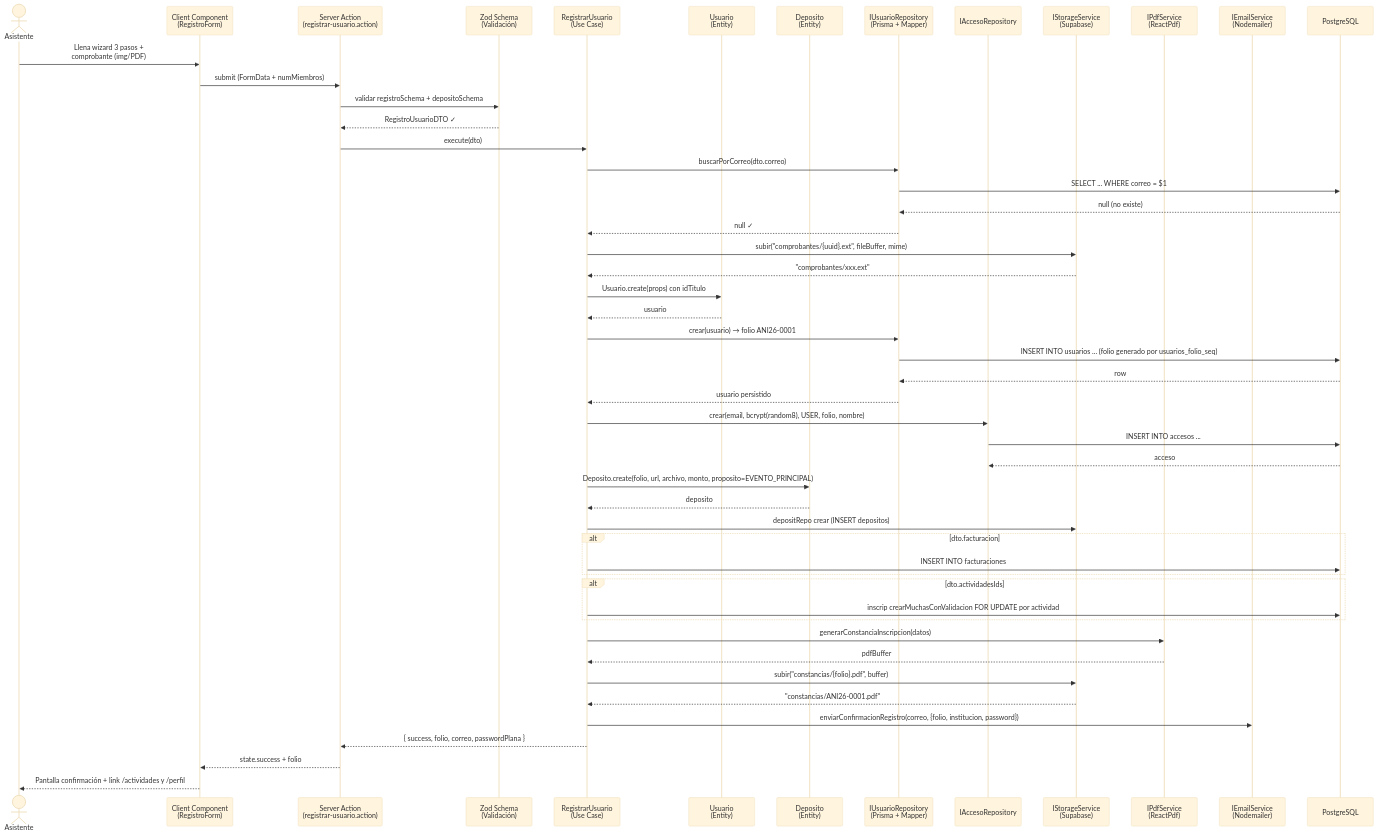
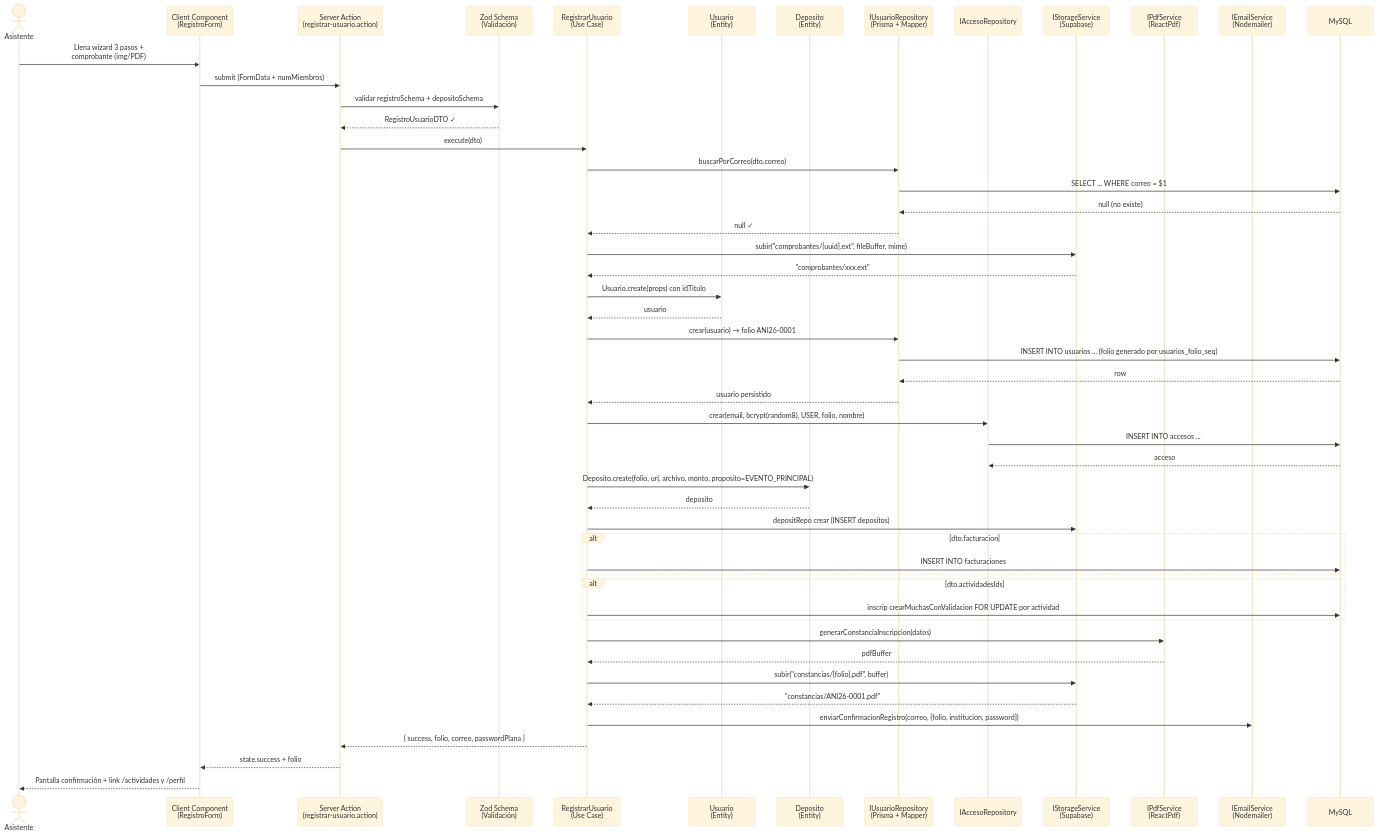
Before and after one commit to iKinoo/aniei-registro-2026: the fifth of 14 diagrams in docs/DESIGN.md, drawn with Mermaid (base theme). The commit also changed other lines of this file and 64 other files, not shown here.

Commit message:
feat: migra de PostgreSQL a MySQL 8 y agrega generador de folios via tabla contador

````diff
--- a/docs/DESIGN.md
+++ b/docs/DESIGN.md
@@ -981,64 +981,64 @@
 ```mermaid
 sequenceDiagram
     actor A as Asistente
     participant CC as Client Component<br/>(RegistroForm)
     participant SA as Server Action<br/>(registrar-usuario.action)
     participant Val as Zod Schema<br/>(Validación)
     participant UC as RegistrarUsuario<br/>(Use Case)
     participant Dom as Usuario<br/>(Entity)
     participant Comp as Deposito<br/>(Entity)
     participant Repo as IUsuarioRepository<br/>(Prisma + Mapper)
     participant AccRepo as IAccesoRepository
     participant Store as IStorageService<br/>(Supabase)
     participant PDF as IPdfService<br/>(ReactPdf)
     participant Mail as IEmailService<br/>(Nodemailer)
-    participant DB as PostgreSQL
+    participant DB as MySQL
 
     A->>CC: Llena wizard 3 pasos +<br/>comprobante (img/PDF)
     CC->>SA: submit (FormData + numMiembros)
     SA->>Val: validar registroSchema + depositoSchema
     Val-->>SA: RegistroUsuarioDTO ✓
     SA->>UC: execute(dto)
 
     UC->>Repo: buscarPorCorreo(dto.correo)
     Repo->>DB: SELECT ... WHERE correo = $1
     DB-->>Repo: null (no existe)
     Repo-->>UC: null ✓
 
     UC->>Store: subir("comprobantes/{uuid}.ext", fileBuffer, mime)
     Store-->>UC: "comprobantes/xxx.ext"
 
     UC->>Dom: Usuario.create(props) con idTitulo
     Dom-->>UC: usuario
 
     UC->>Repo: crear(usuario) → folio ANI26-0001
     Repo->>DB: INSERT INTO usuarios ... (folio generado por usuarios_folio_seq)
     DB-->>Repo: row
     Repo-->>UC: usuario persistido
 
     UC->>AccRepo: crear(email, bcrypt(random8), USER, folio, nombre)
     AccRepo->>DB: INSERT INTO accesos ...
     DB-->>AccRepo: acceso
 
     UC->>Comp: Deposito.create(folio, url, archivo, monto, proposito=EVENTO_PRINCIPAL)
     Comp-->>UC: deposito
     UC->>Store: depositRepo crear (INSERT depositos)
 
     alt dto.facturacion
         UC->>DB: INSERT INTO facturaciones
     end
 
     alt dto.actividadesIds
         UC->>DB: inscrip crearMuchasConValidacion FOR UPDATE por actividad
     end
 
     UC->>PDF: generarConstanciaInscripcion(datos)
     PDF-->>UC: pdfBuffer
     UC->>Store: subir("constancias/{folio}.pdf", buffer)
     Store-->>UC: "constancias/ANI26-0001.pdf"
 
     UC->>Mail: enviarConfirmacionRegistro(correo, {folio, institucion, password})
     UC-->>SA: { success, folio, correo, passwordPlana }
     SA-->>CC: state.success + folio
     CC-->>A: Pantalla confirmación + link /actividades y /perfil
 ```
````
